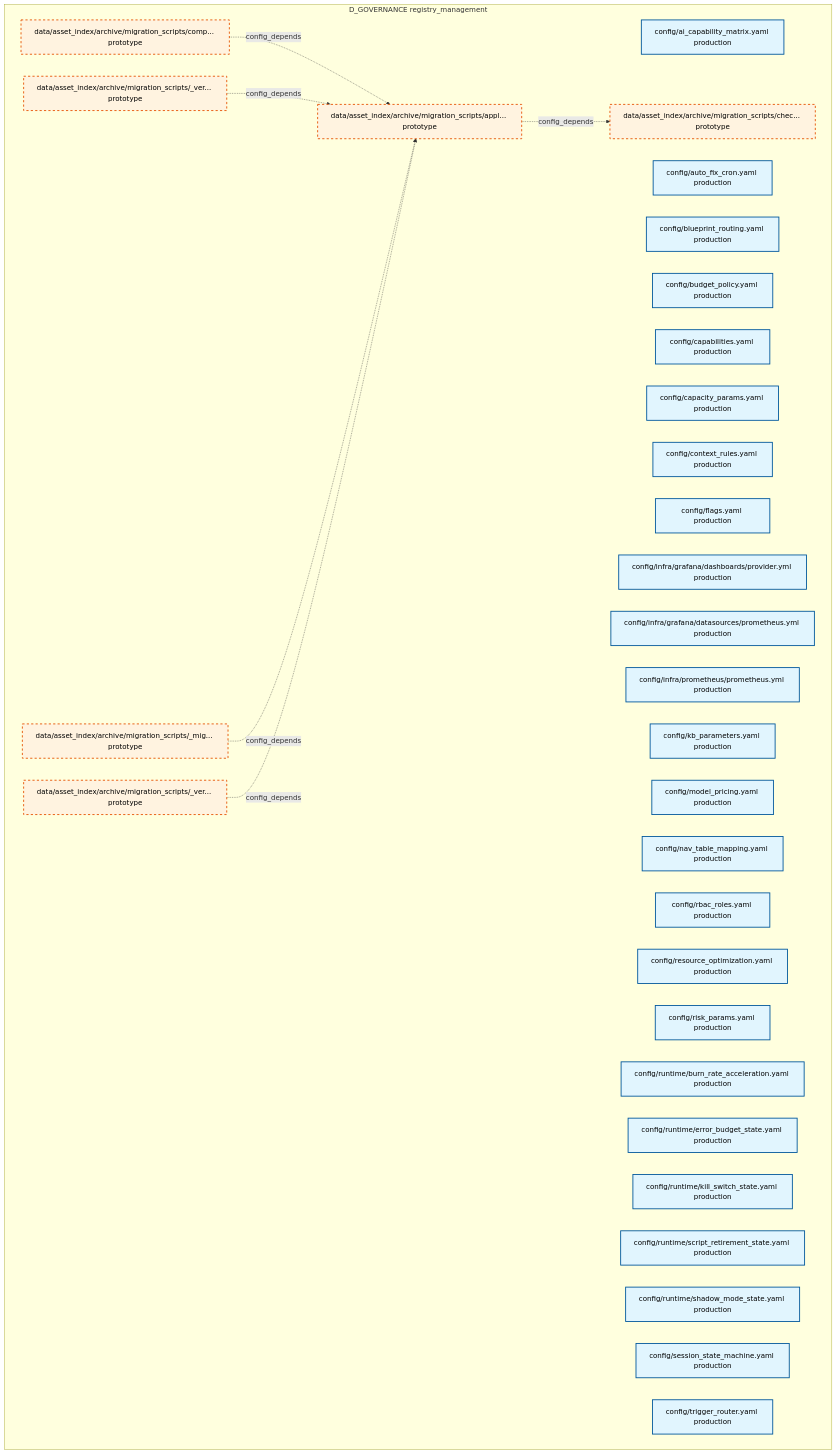
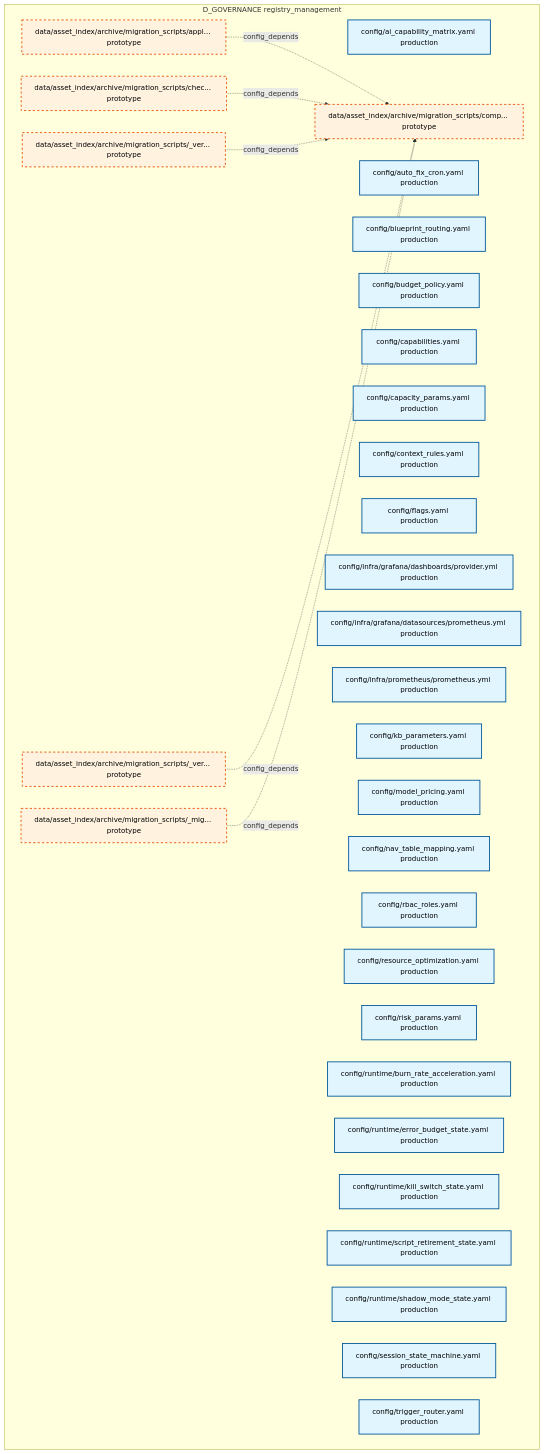
One commit to xuanFelixVan/ZephyrAlpha changed the first of 29 diagrams in docs/02_enterprise_architecture/02_domain_architecture_docs/31_d_governance.md. Above: the diagram before and after it, drawn with Mermaid. The commit also changed other lines of this file and 99 other files, not shown here.

````diff
--- a/docs/02_enterprise_architecture/02_domain_architecture_docs/31_d_governance.md
+++ b/docs/02_enterprise_architecture/02_domain_architecture_docs/31_d_governance.md
@@ -49,46 +49,46 @@
 ```mermaid
 graph TD
     subgraph D_GOVERNANCE["D_GOVERNANCE registry_management"]
         config_ai_capability_matrix_yaml["config/ai_capability_matrix.yaml production"]
         config_auto_fix_cron_yaml["config/auto_fix_cron.yaml production"]
         config_blueprint_routing_yaml["config/blueprint_routing.yaml production"]
         config_budget_policy_yaml["config/budget_policy.yaml production"]
         config_capabilities_yaml["config/capabilities.yaml production"]
         config_capacity_params_yaml["config/capacity_params.yaml production"]
         config_context_rules_yaml["config/context_rules.yaml production"]
         config_flags_yaml["config/flags.yaml production"]
         config_infra_grafana_dashboards_provider_yml["config/infra/grafana/dashboards/provider.yml production"]
         config_infra_grafana_datasources_prometheus_yml["config/infra/grafana/datasources/prometheus.yml production"]
         config_infra_prometheus_prometheus_yml["config/infra/prometheus/prometheus.yml production"]
         config_kb_parameters_yaml["config/kb_parameters.yaml production"]
         config_model_pricing_yaml["config/model_pricing.yaml production"]
         config_nav_table_mapping_yaml["config/nav_table_mapping.yaml production"]
         config_rbac_roles_yaml["config/rbac_roles.yaml production"]
         config_resource_optimization_yaml["config/resource_optimization.yaml production"]
         config_risk_params_yaml["config/risk_params.yaml production"]
         config_runtime_burn_rate_acceleration_yaml["config/runtime/burn_rate_acceleration.yaml production"]
         config_runtime_error_budget_state_yaml["config/runtime/error_budget_state.yaml production"]
         config_runtime_kill_switch_state_yaml["config/runtime/kill_switch_state.yaml production"]
         config_runtime_script_retirement_state_yaml["config/runtime/script_retirement_state.yaml production"]
         config_runtime_shadow_mode_state_yaml["config/runtime/shadow_mode_state.yaml production"]
         config_session_state_machine_yaml["config/session_state_machine.yaml production"]
         config_trigger_router_yaml["config/trigger_router.yaml production"]
         data_asset_index_archive_migration_scripts_migration_shared_py["data/asset_index/archive/migration_scripts/_mig... prototype"]
         data_asset_index_archive_migration_scripts_verify_manifest_py["data/asset_index/archive/migration_scripts/_ver... prototype"]
         data_asset_index_archive_migration_scripts_verify_step4_py["data/asset_index/archive/migration_scripts/_ver... prototype"]
         data_asset_index_archive_migration_scripts_apply_rulings_py["data/asset_index/archive/migration_scripts/appl... prototype"]
         data_asset_index_archive_migration_scripts_check_coverage_py["data/asset_index/archive/migration_scripts/chec... prototype"]
         data_asset_index_archive_migration_scripts_comprehensive_import_fix_py["data/asset_index/archive/migration_scripts/comp... prototype"]
     end
-    data_asset_index_archive_migration_scripts_apply_rulings_py -.->|config_depends| data_asset_index_archive_migration_scripts_check_coverage_py
-    data_asset_index_archive_migration_scripts_comprehensive_import_fix_py -.->|config_depends| data_asset_index_archive_migration_scripts_apply_rulings_py
-    data_asset_index_archive_migration_scripts_verify_step4_py -.->|config_depends| data_asset_index_archive_migration_scripts_apply_rulings_py
-    data_asset_index_archive_migration_scripts_migration_shared_py -.->|config_depends| data_asset_index_archive_migration_scripts_apply_rulings_py
-    data_asset_index_archive_migration_scripts_verify_manifest_py -.->|config_depends| data_asset_index_archive_migration_scripts_apply_rulings_py
+    data_asset_index_archive_migration_scripts_apply_rulings_py -.->|config_depends| data_asset_index_archive_migration_scripts_comprehensive_import_fix_py
+    data_asset_index_archive_migration_scripts_check_coverage_py -.->|config_depends| data_asset_index_archive_migration_scripts_comprehensive_import_fix_py
+    data_asset_index_archive_migration_scripts_verify_step4_py -.->|config_depends| data_asset_index_archive_migration_scripts_comprehensive_import_fix_py
+    data_asset_index_archive_migration_scripts_verify_manifest_py -.->|config_depends| data_asset_index_archive_migration_scripts_comprehensive_import_fix_py
+    data_asset_index_archive_migration_scripts_migration_shared_py -.->|config_depends| data_asset_index_archive_migration_scripts_comprehensive_import_fix_py
     classDef production fill:#e1f5fe,stroke:#01579b,stroke-width:2px,color:#000
     classDef design fill:#fff3e0,stroke:#e65100,stroke-width:2px,color:#000,stroke-dasharray: 5 5
     classDef external_prod fill:#e8f5e9,stroke:#1b5e20,stroke-width:1px,color:#000
     classDef external_design fill:#fce4ec,stroke:#880e4f,stroke-width:1px,color:#000,stroke-dasharray: 5 5
     class config_ai_capability_matrix_yaml,config_auto_fix_cron_yaml,config_blueprint_routing_yaml,config_budget_policy_yaml,config_capabilities_yaml,config_capacity_params_yaml,config_context_rules_yaml,config_flags_yaml,config_infra_grafana_dashboards_provider_yml,config_infra_grafana_datasources_prometheus_yml,config_infra_prometheus_prometheus_yml,config_kb_parameters_yaml,config_model_pricing_yaml,config_nav_table_mapping_yaml,config_rbac_roles_yaml,config_resource_optimization_yaml,config_risk_params_yaml,config_runtime_burn_rate_acceleration_yaml,config_runtime_error_budget_state_yaml,config_runtime_kill_switch_state_yaml,config_runtime_script_retirement_state_yaml,config_runtime_shadow_mode_state_yaml,config_session_state_machine_yaml,config_trigger_router_yaml production
     class data_asset_index_archive_migration_scripts_migration_shared_py,data_asset_index_archive_migration_scripts_verify_manifest_py,data_asset_index_archive_migration_scripts_verify_step4_py,data_asset_index_archive_migration_scripts_apply_rulings_py,data_asset_index_archive_migration_scripts_check_coverage_py,data_asset_index_archive_migration_scripts_comprehensive_import_fix_py design
 ```
````
